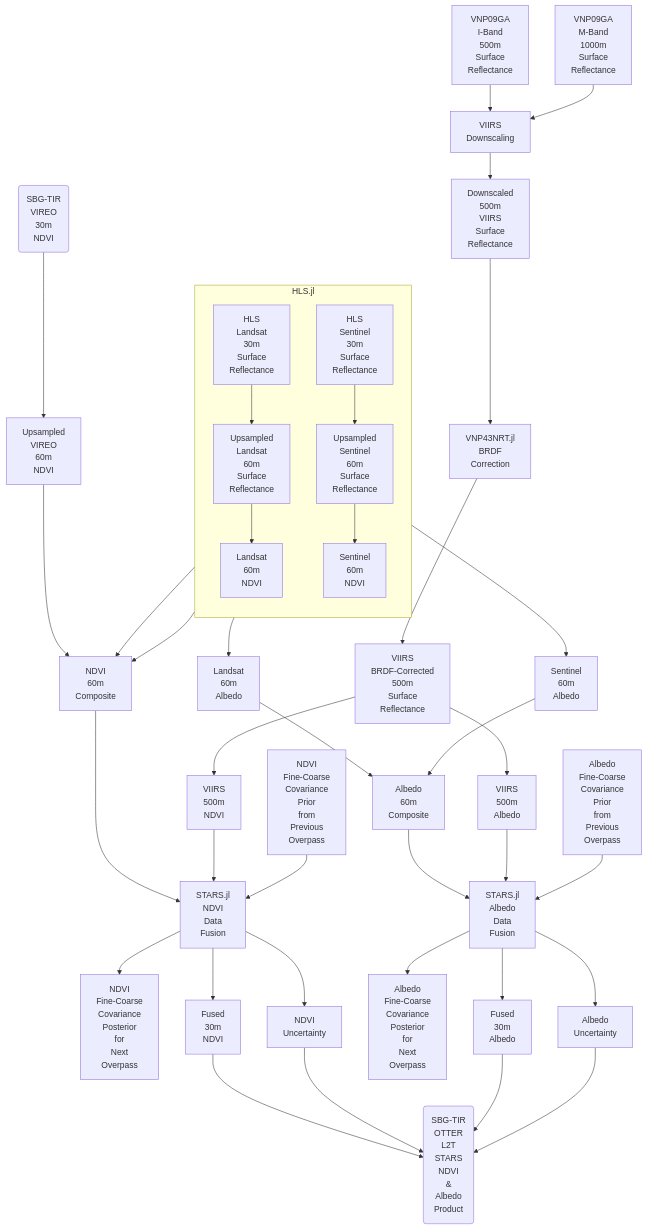
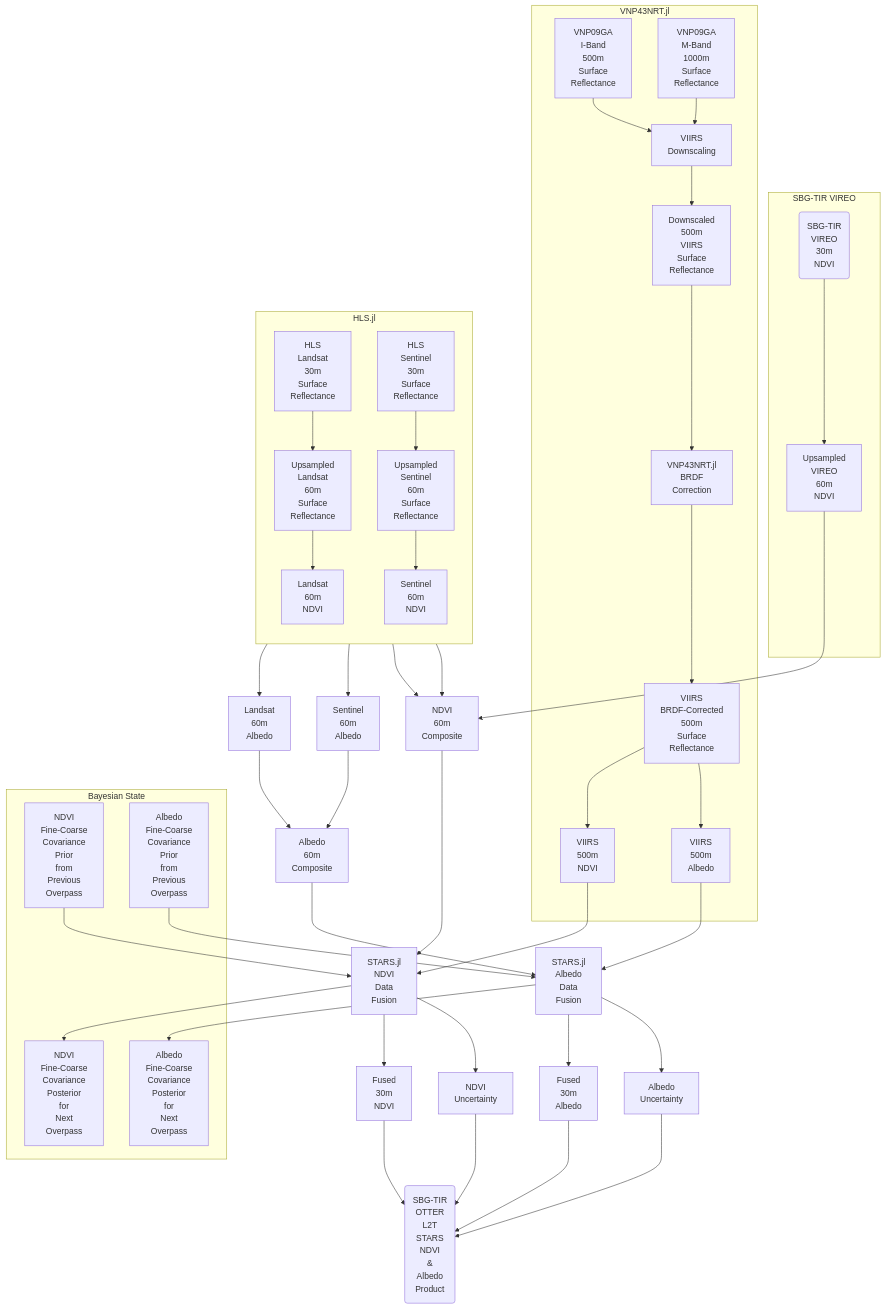
The diagram in README.md (sbg-tir/SBG-TIR-L2-STARS), drawn with Mermaid before and after one commit.

````diff
--- a/README.md
+++ b/README.md
@@ -35,18 +35,20 @@
 ```mermaid
 flowchart TB
-    classDef bigFont font-size:60px;
+    subgraph VIREO[SBG-TIR VIREO]
+        VIREO_NDVI(SBG-TIR<br>VIREO<br>30m<br>NDVI)
+        VIREO_upsampled[Upsampled<br>VIREO<br>60m<br>NDVI]
+    end
 
-    VIREO_NDVI(SBG-TIR<br>VIREO<br>30m<br>NDVI)
-    VIREO_upsampled[Upsampled<br>VIREO<br>60m<br>NDVI]
-
-    VNP09GA_I[VNP09GA<br>I-Band<br>500m<br>Surface<br>Reflectance]
-    VNP09GA_M[VNP09GA<br>M-Band<br>1000m<br>Surface<br>Reflectance]
-    VIIRS_downscaling[VIIRS<br>Downscaling]
-    VNP09GA_downscaled[Downscaled<br>500m<br>VIIRS<br>Surface<br>Reflectance]
-    VNP43_BRDF[VNP43NRT.jl<br>BRDF<br>Correction]
-    VIIRS_corrected[VIIRS<br>BRDF-Corrected<br>500m<br>Surface<br>Reflectance]
-    VIIRS_NDVI[VIIRS<br>500m<br>NDVI]
-    VIIRS_albedo[VIIRS<br>500m<br>Albedo]
+    subgraph VNP43NRT[VNP43NRT.jl]
+        VNP09GA_I[VNP09GA<br>I-Band<br>500m<br>Surface<br>Reflectance]
+        VNP09GA_M[VNP09GA<br>M-Band<br>1000m<br>Surface<br>Reflectance]
+        VIIRS_downscaling[VIIRS<br>Downscaling]
+        VNP09GA_downscaled[Downscaled<br>500m<br>VIIRS<br>Surface<br>Reflectance]
+        VNP43_BRDF[VNP43NRT.jl<br>BRDF<br>Correction]
+        VIIRS_corrected[VIIRS<br>BRDF-Corrected<br>500m<br>Surface<br>Reflectance]
+        VIIRS_NDVI[VIIRS<br>500m<br>NDVI]
+        VIIRS_albedo[VIIRS<br>500m<br>Albedo]
+    end
 
     subgraph HLS_aquisition[HLS.jl]
         direction TB
@@ -58,9 +60,14 @@
         Sentinel_NDVI[Sentinel<br>60m<br>NDVI]
     end
 
+    subgraph bayesian_state[Bayesian State]
+        NDVI_covariance_prior[NDVI<br>Fine-Coarse<br>Covariance<br>Prior<br>from<br>Previous<br>Overpass]
+        NDVI_covariance_posterior[NDVI<br>Fine-Coarse<br>Covariance<br>Posterior<br>for<br>Next<br>Overpass]
+        albedo_covariance_prior[Albedo<br>Fine-Coarse<br>Covariance<br>Prior<br>from<br>Previous<br>Overpass]
+        albedo_covariance_posterior[Albedo<br>Fine-Coarse<br>Covariance<br>Posterior<br>for<br>Next<br>Overpass]
+    end
+
     fine_NDVI_input[NDVI<br>60m<br>Composite]
-    NDVI_covariance_prior[NDVI<br>Fine-Coarse<br>Covariance<br>Prior<br>from<br>Previous<br>Overpass]
-    NDVI_covariance_posterior[NDVI<br>Fine-Coarse<br>Covariance<br>Posterior<br>for<br>Next<br>Overpass]
     NDVI_data_fusion[STARS.jl<br>NDVI<br>Data<br>Fusion]
     fine_NDVI_output[Fused<br>30m<br>NDVI]
     fine_NDVI_uncertainty[NDVI<br>Uncertainty]
@@ -68,8 +75,6 @@
     Landsat_albedo[Landsat<br>60m<br>Albedo]
     Sentinel_albedo[Sentinel<br>60m<br>Albedo]
     fine_albedo_input[Albedo<br>60m<br>Composite]
-    albedo_covariance_prior[Albedo<br>Fine-Coarse<br>Covariance<br>Prior<br>from<br>Previous<br>Overpass]
-    albedo_covariance_posterior[Albedo<br>Fine-Coarse<br>Covariance<br>Posterior<br>for<br>Next<br>Overpass]
     albedo_data_fusion[STARS.jl<br>Albedo<br>Data<br>Fusion]
     fine_albedo_output[Fused<br>30m<br>Albedo]
     fine_albedo_uncertainty[Albedo<br>Uncertainty]
@@ -118,8 +123,6 @@
     fine_albedo_output --> SBG_L2T_STARS
     fine_albedo_uncertainty --> SBG_L2T_STARS
 
-
-
     click VNP43_BRDF "https://github.com/STARS-Data-Fusion/VNP43NRT.jl"
     click NDVI_data_fusion "https://github.com/STARS-Data-Fusion/STARS.jl"
     click albedo_data_fusion "https://github.com/STARS-Data-Fusion/STARS.jl"
````
